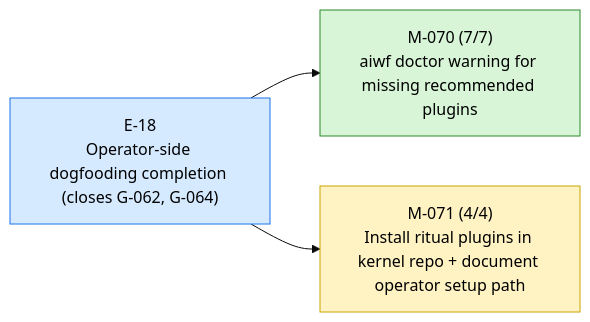
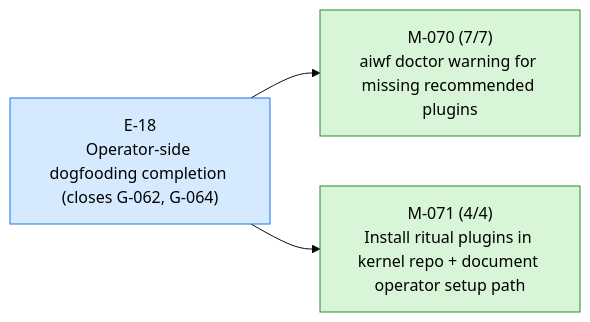
One commit to 23min/aiwf changed the first of 3 diagrams in STATUS.md. Above: the diagram before and after it, drawn with Mermaid (base theme). The commit also changed other lines of this file and 1 other file, not shown here.

First line of the commit message:
aiwf promote M-071 in_progress -> done

````diff
--- a/STATUS.md
+++ b/STATUS.md
@@ -12,14 +12,14 @@
 ```mermaid
 flowchart LR
   E_18["E-18<br/>Operator-side dogfooding completion (closes G-062, G-064)"]:::epic_active
   M_070["M-070 (7/7)<br/>aiwf doctor warning for missing recommended plugins"]:::ms_done
   E_18 --> M_070
-  M_071["M-071 (4/4)<br/>Install ritual plugins in kernel repo + document operator setup path"]:::ms_in_progress
+  M_071["M-071 (4/4)<br/>Install ritual plugins in kernel repo + document operator setup path"]:::ms_done
   E_18 --> M_071
   classDef epic_active fill:#d6eaff,stroke:#1a73e8,color:#000
   classDef epic_proposed fill:#f4f4f4,stroke:#888,color:#000
   classDef ms_done fill:#d8f5d8,stroke:#2a8a2a,color:#000
   classDef ms_in_progress fill:#fff3c4,stroke:#caa400,color:#000
   classDef ms_draft fill:#f4f4f4,stroke:#888,color:#000
   classDef ms_cancelled fill:#fbeaea,stroke:#c33,color:#000
 ```
````
